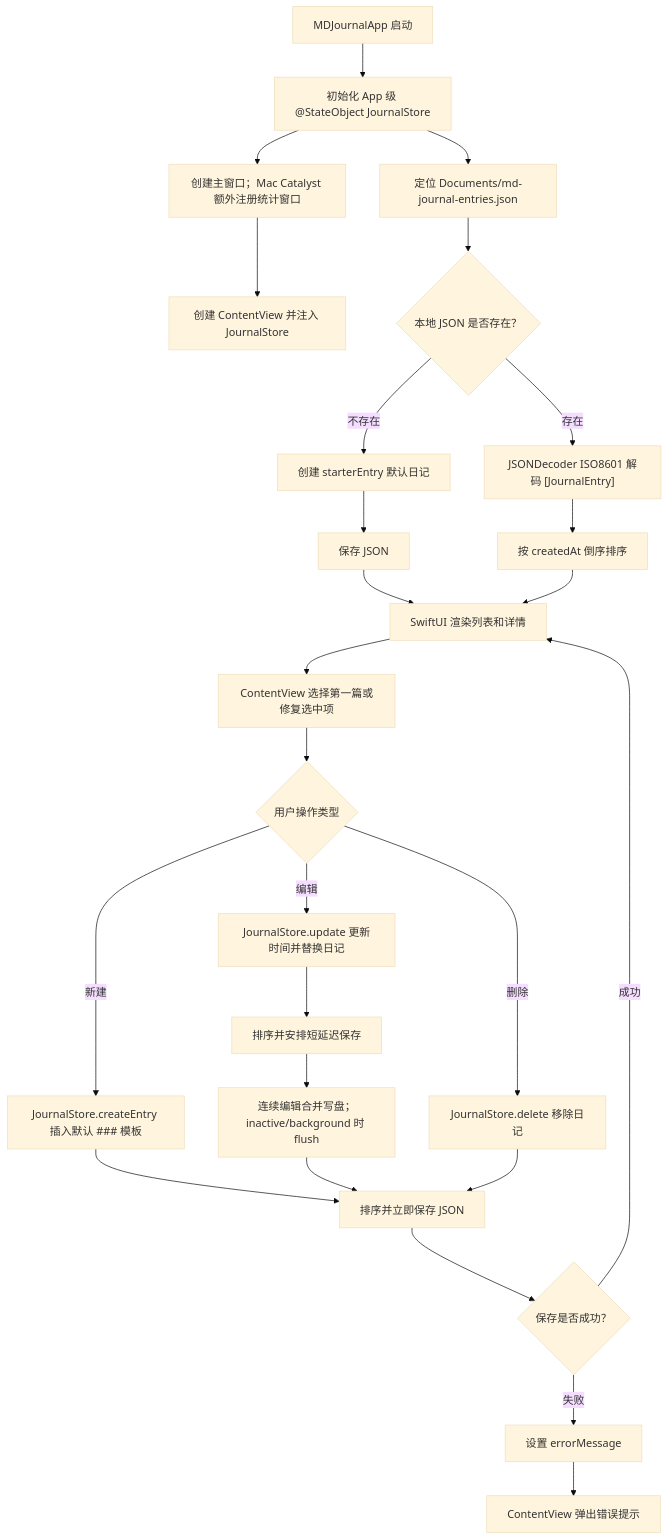
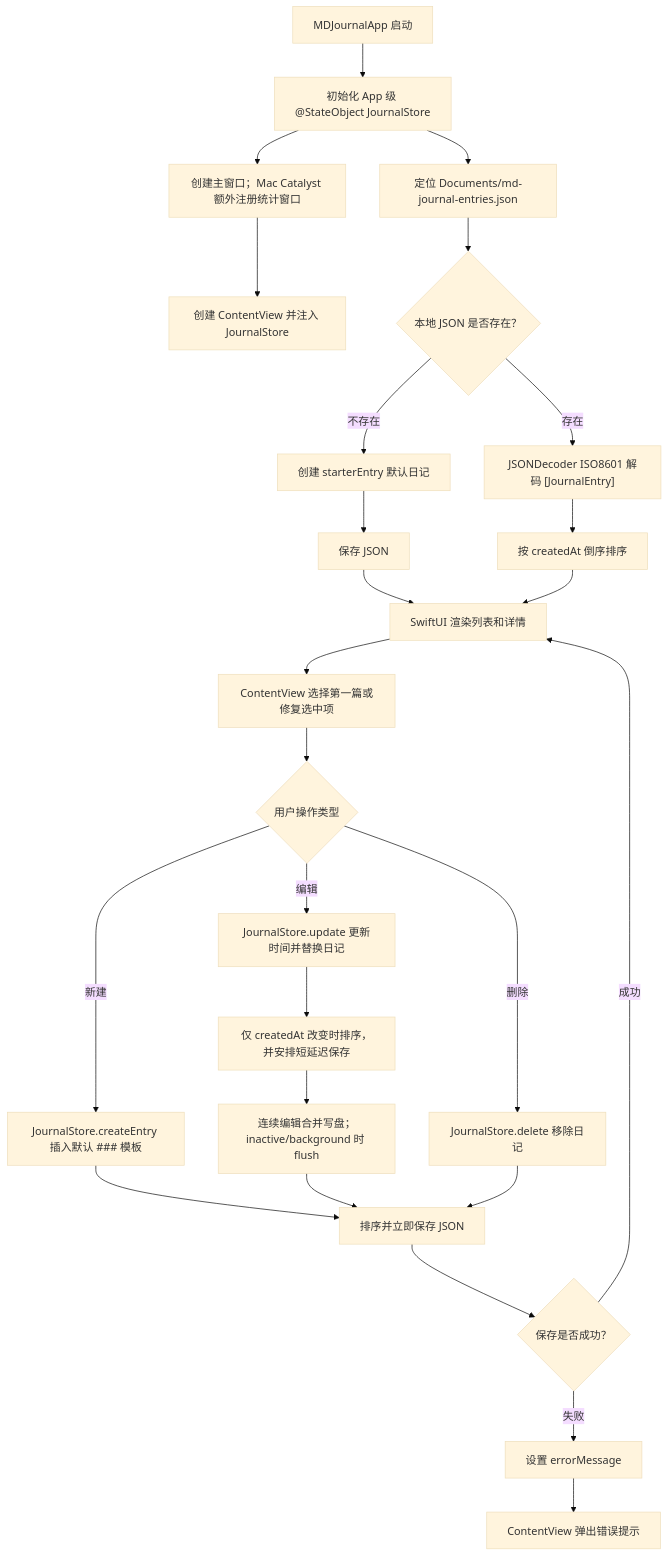
Before and after one commit to Altman-sam114/117: the second of 5 diagrams in md/flow/flowchart.md, drawn with Mermaid (base theme). The commit also changed other lines of this file and 8 other files, not shown here.

````diff
--- a/md/flow/flowchart.md
+++ b/md/flow/flowchart.md
@@ -53,28 +53,28 @@
 ```mermaid
 flowchart TD
   App["MDJournalApp 启动"] --> InitStore["初始化 App 级 @StateObject JournalStore"]
   InitStore --> Scenes["创建主窗口；Mac Catalyst 额外注册统计窗口"]
   Scenes --> Content["创建 ContentView 并注入 JournalStore"]
   InitStore --> Locate["定位 Documents/md-journal-entries.json"]
   Locate --> Exists{"本地 JSON 是否存在？"}
   Exists -- "不存在" --> Starter["创建 starterEntry 默认日记"]
   Starter --> SaveA["保存 JSON"]
   Exists -- "存在" --> Decode["JSONDecoder ISO8601 解码 [JournalEntry]"]
   Decode --> SortA["按 createdAt 倒序排序"]
   SaveA --> Render["SwiftUI 渲染列表和详情"]
   SortA --> Render
   Render --> Select["ContentView 选择第一篇或修复选中项"]
   Select --> Edit{"用户操作类型"}
   Edit -- "新建" --> Create["JournalStore.createEntry 插入默认 ### 模板"]
   Edit -- "编辑" --> Update["JournalStore.update 更新时间并替换日记"]
   Edit -- "删除" --> Delete["JournalStore.delete 移除日记"]
   Create --> SortSave["排序并立即保存 JSON"]
-  Update --> DebouncedSave["排序并安排短延迟保存"]
+  Update --> DebouncedSave["仅 createdAt 改变时排序，并安排短延迟保存"]
   DebouncedSave --> Flush["连续编辑合并写盘；inactive/background 时 flush"]
   Flush --> SortSave
   Delete --> SortSave
   SortSave --> OK{"保存是否成功？"}
   OK -- "成功" --> Render
   OK -- "失败" --> SaveError["设置 errorMessage"]
   SaveError --> Alert["ContentView 弹出错误提示"]
 ```
````
